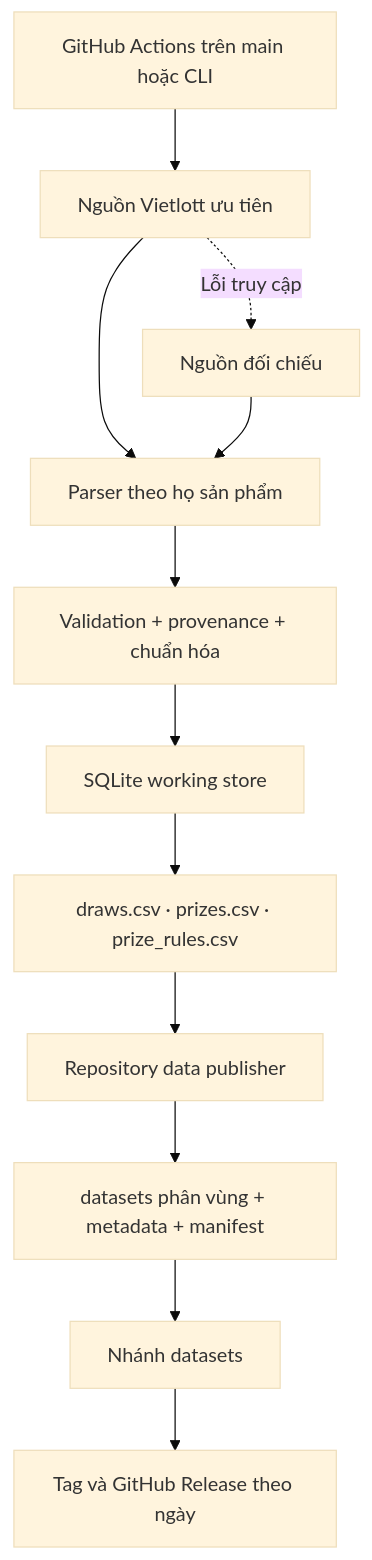
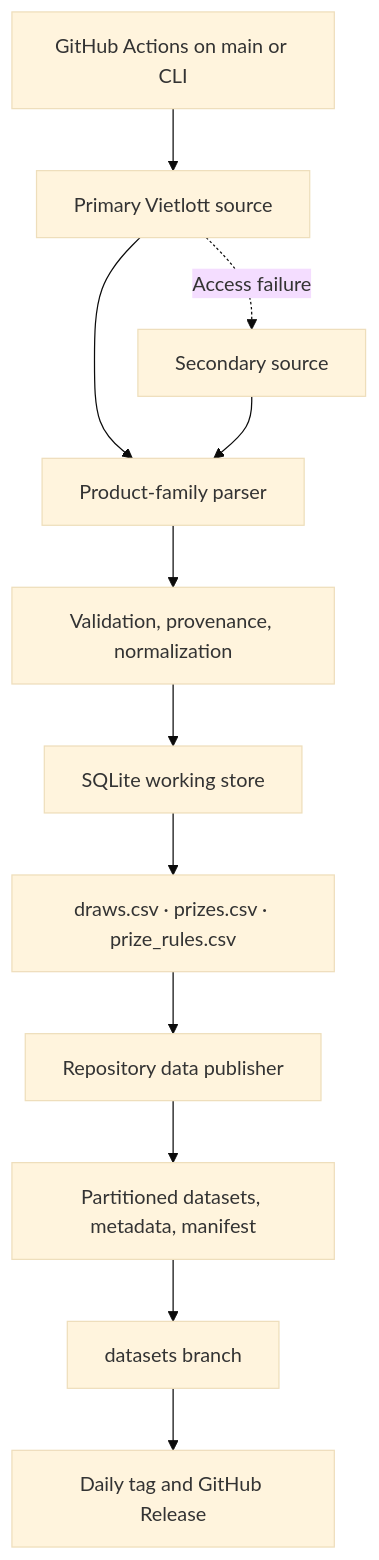
The diagram in docs/ARCHITECTURE.md (NhanAZ-Data/vietlott-data-collector), drawn with Mermaid (base theme) before and after one commit. The commit also changed other lines of this file and 23 other files, not shown here.

````diff
--- a/docs/ARCHITECTURE.md
+++ b/docs/ARCHITECTURE.md
@@ -3,14 +3,14 @@
 ```mermaid
 flowchart TD
-    A["GitHub Actions trên main hoặc CLI"] --> B["Nguồn Vietlott ưu tiên"]
-    B --> C["Parser theo họ sản phẩm"]
-    B -. "Lỗi truy cập" .-> D["Nguồn đối chiếu"]
+    A["GitHub Actions on main or CLI"] --> B["Primary Vietlott source"]
+    B --> C["Product-family parser"]
+    B -. "Access failure" .-> D["Secondary source"]
     D --> C
-    C --> E["Validation + provenance + chuẩn hóa"]
+    C --> E["Validation, provenance, normalization"]
     E --> F["SQLite working store"]
     F --> G["draws.csv · prizes.csv · prize_rules.csv"]
     G --> H["Repository data publisher"]
-    H --> I["datasets phân vùng + metadata + manifest"]
-    I --> J["Nhánh datasets"]
-    J --> K["Tag và GitHub Release theo ngày"]
+    H --> I["Partitioned datasets, metadata, manifest"]
+    I --> J["datasets branch"]
+    J --> K["Daily tag and GitHub Release"]
 ```
````
